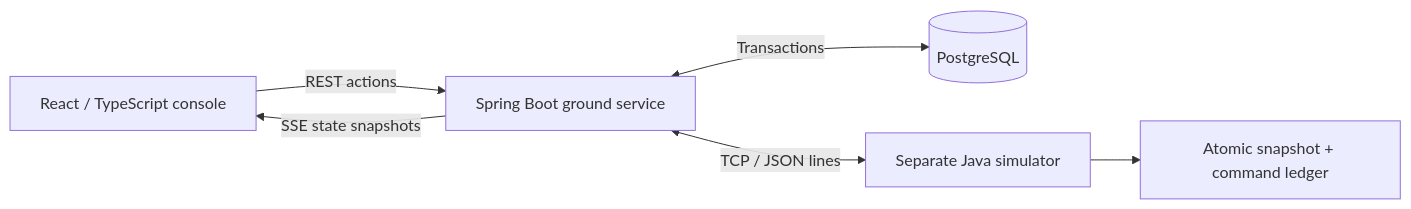
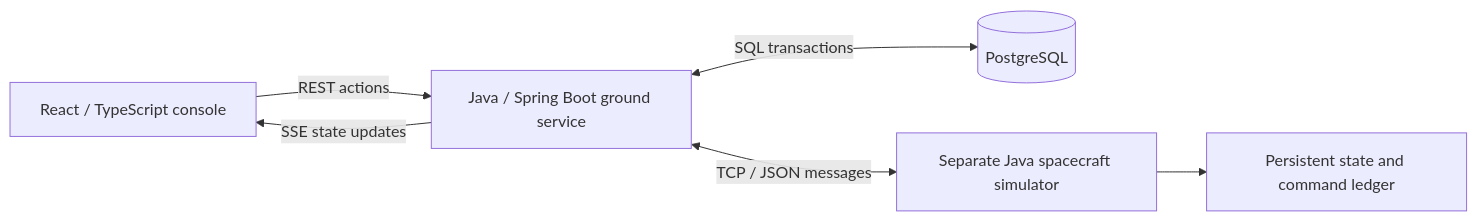
Before and after one commit to Da0t/apogee-ground-control: the diagram in README.md, drawn with Mermaid. The commit also changed other lines of this file and 8 other files, not shown here.

````diff
--- a/README.md
+++ b/README.md
@@ -69,8 +54,8 @@
 ```mermaid
 flowchart LR
-    UI[React / TypeScript console] -->|REST actions| G[Spring Boot ground service]
-    G -->|SSE state snapshots| UI
-    G <-->|Transactions| DB[(PostgreSQL)]
-    G <-->|TCP / JSON lines| SIM[Separate Java simulator]
-    SIM --> LEDGER[Atomic snapshot + command ledger]
+    UI[React / TypeScript console] -->|REST actions| G[Java / Spring Boot ground service]
+    G -->|SSE state updates| UI
+    G <-->|SQL transactions| DB[(PostgreSQL)]
+    G <-->|TCP / JSON messages| SIM[Separate Java spacecraft simulator]
+    SIM --> LEDGER[Persistent state and command ledger]
 ```
````
